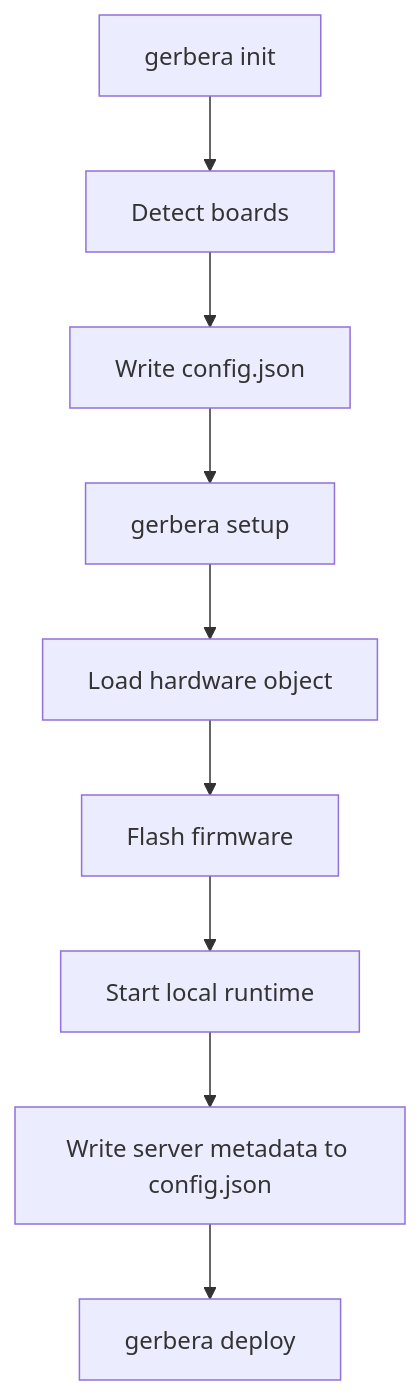
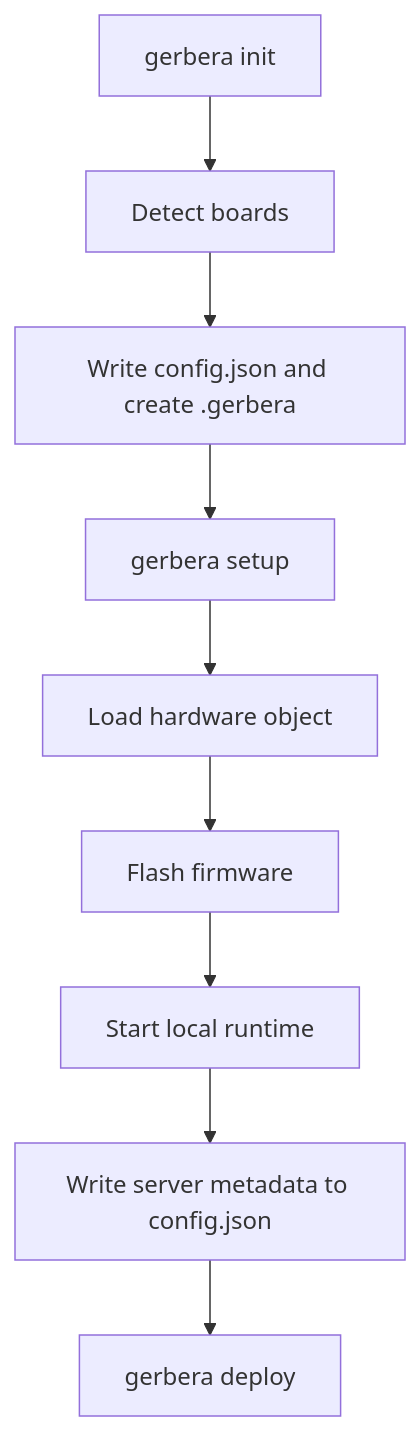
Before and after one commit to BaronLiu1993/gerbera: the diagram in src/gerbera_cli/README.md, drawn with Mermaid. The commit also changed other lines of this file and 23 other files, not shown here.

````diff
--- a/src/gerbera_cli/README.md
+++ b/src/gerbera_cli/README.md
@@ -89,11 +100,11 @@
 ```mermaid
 flowchart TD
     A[gerbera init] --> B[Detect boards]
-    B --> C[Write config.json]
+    B --> C[Write config.json and create .gerbera]
     C --> D[gerbera setup]
     D --> E[Load hardware object]
     E --> F[Flash firmware]
     F --> G[Start local runtime]
     G --> H[Write server metadata to config.json]
     H --> I[gerbera deploy]
 ```
````
